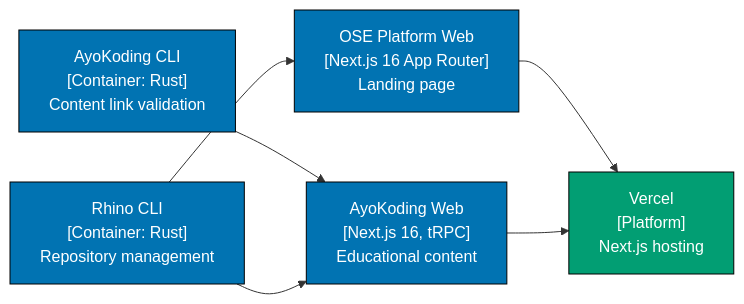
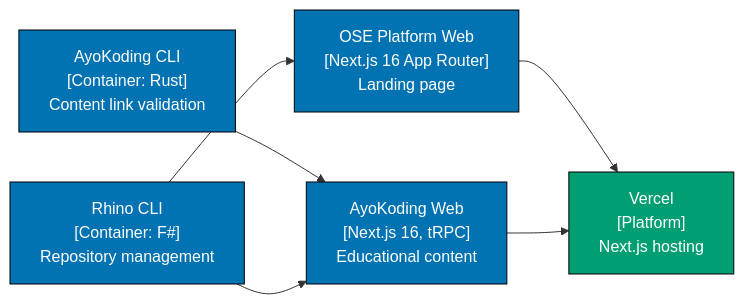
One commit to wahidyankf/open-sharia-fintech changed the second of 3 diagrams in docs/explanation/software-engineering/architecture/c4-architecture-model/nx-workspace-visualization.md. Above: the diagram before and after it, drawn with Mermaid. The commit also changed other lines of this file and 16 other files, not shown here.

First line of the commit message:
docs(rewrite-rhino-cli-to-fsharp): sweep stale Rust-era descriptive docs (Wave E 9e)

````diff
--- a/docs/explanation/software-engineering/architecture/c4-architecture-model/nx-workspace-visualization.md
+++ b/docs/explanation/software-engineering/architecture/c4-architecture-model/nx-workspace-visualization.md
@@ -110,17 +110,17 @@
 ```mermaid
 graph LR
     OseWeb["OSE Platform Web<br/>[Next.js 16 App Router]<br/>Landing page"]:::blue
     AyoWeb["AyoKoding Web<br/>[Next.js 16, tRPC]<br/>Educational content"]:::blue
     AyoCLI["AyoKoding CLI<br/>[Container: Rust]<br/>Content link validation"]:::blue
-    RhinoCLI["Rhino CLI<br/>[Container: Rust]<br/>Repository management"]:::blue
+    RhinoCLI["Rhino CLI<br/>[Container: F#]<br/>Repository management"]:::blue
     Vercel["Vercel<br/>[Platform]<br/>Next.js hosting"]:::teal
 
     AyoCLI --> AyoWeb
     RhinoCLI --> OseWeb
     RhinoCLI --> AyoWeb
     OseWeb --> Vercel
     AyoWeb --> Vercel
 
     classDef blue fill:#0173B2,stroke:#000,color:#FFF
     classDef teal fill:#029E73,stroke:#000,color:#FFF
 ```
````
